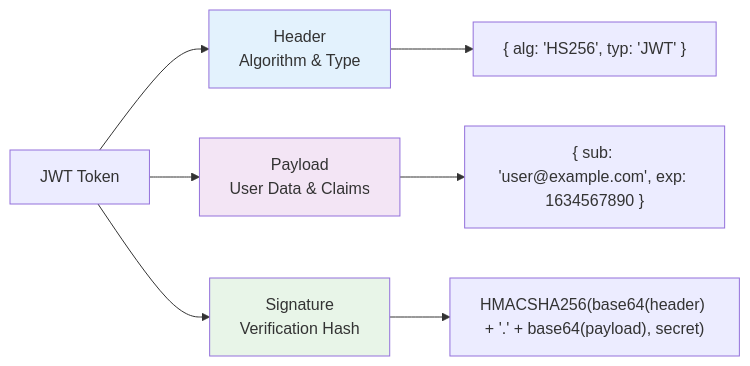
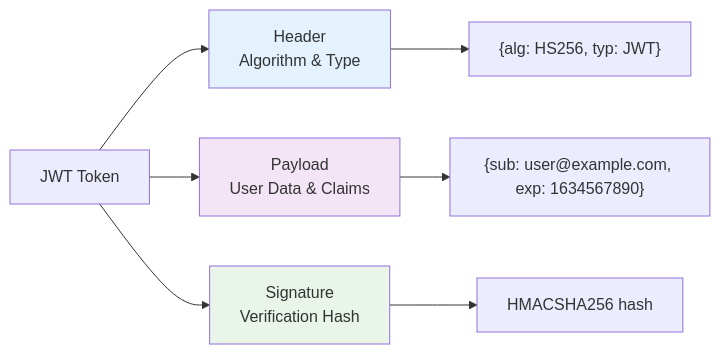
One commit to sudhan-m/munshi changed the third of 7 diagrams in src/auth_service/README.md. Above: the diagram before and after it, drawn with Mermaid.

Commit message:
Fix GitHub Mermaid special character issues
- Removed quotes and colons from JWT token diagram nodes
- Simplified JSON-like content to avoid parser conflicts
- Updated .claude settings with special character restrictions
- Added notes about GitHub Mermaid limitations with complex text content

GitHub Mermaid parser treats quotes, colons, and other special characters
as reserved syntax, causing 'Unsupported markdown: link' errors.

🤖 Generated with [Claude Code](https://claude.ai/code)

````diff
--- a/src/auth_service/README.md
+++ b/src/auth_service/README.md
@@ -149,14 +149,14 @@
 ```mermaid
 graph LR
     JWT["JWT Token"] --> HEADER["Header<br/>Algorithm & Type"]
     JWT --> PAYLOAD["Payload<br/>User Data & Claims"]
     JWT --> SIGNATURE["Signature<br/>Verification Hash"]
     
-    HEADER --> H_DATA["{ alg: 'HS256', typ: 'JWT' }"]
-    PAYLOAD --> P_DATA["{ sub: 'user@example.com', exp: 1634567890 }"]
-    SIGNATURE --> S_DATA["HMACSHA256(base64(header) + '.' + base64(payload), secret)"]
+    HEADER --> H_DATA["{alg: HS256, typ: JWT}"]
+    PAYLOAD --> P_DATA["{sub: user@example.com, exp: 1634567890}"]
+    SIGNATURE --> S_DATA["HMACSHA256 hash"]
     
     style HEADER fill:#e3f2fd
     style PAYLOAD fill:#f3e5f5
     style SIGNATURE fill:#e8f5e8
 ```
````
